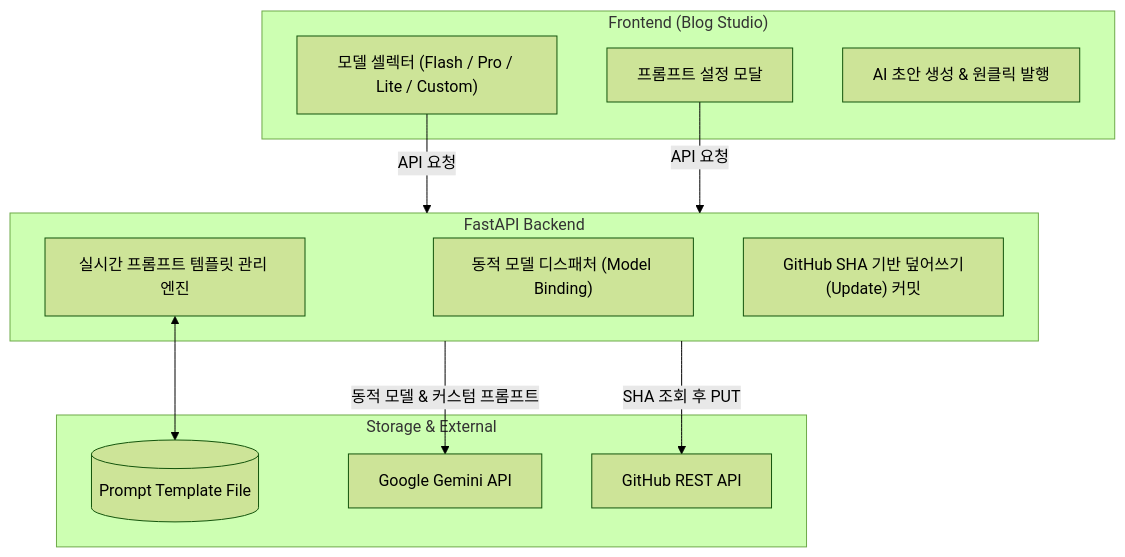
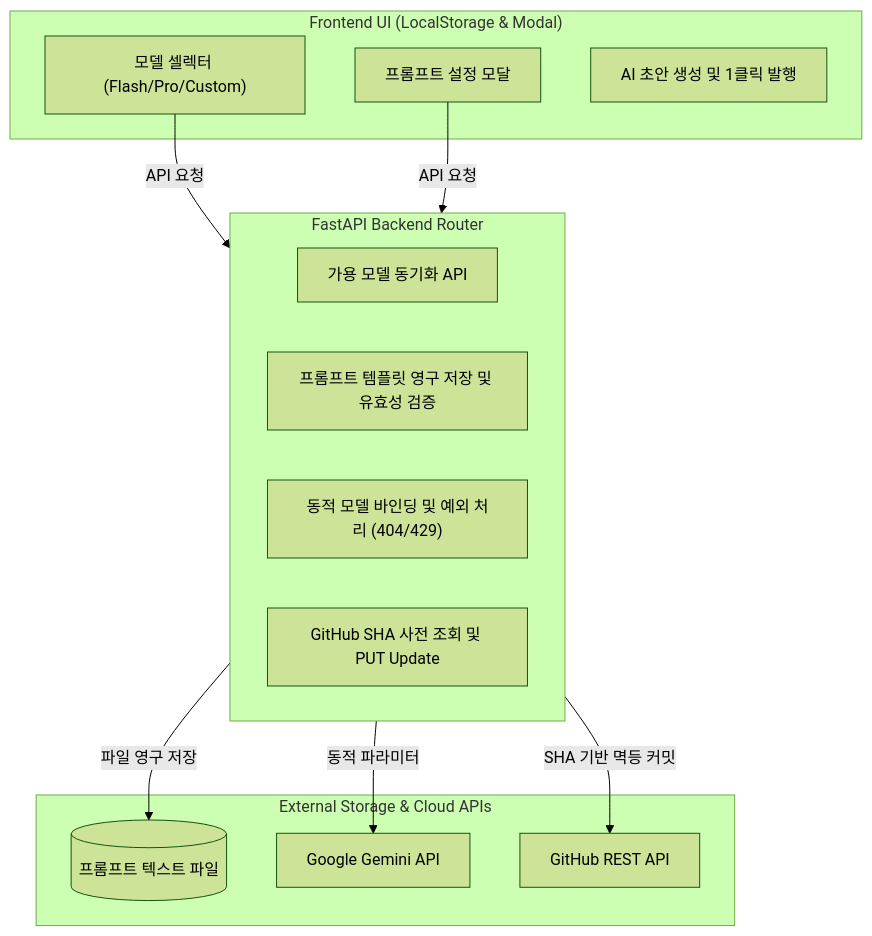
One commit to daniel-dataflow/daniel-dataflow.github.io changed the diagram in content/posts/picksafe/2026-08-30-블로그-스튜디오-AI-모델-동적-선택기-및-쿼터-안전망-구축.md. Above: the diagram before and after it, drawn with Mermaid (forest theme). The commit also changed other lines of this file and 64 other files, not shown here.

````diff
--- a/content/posts/picksafe/2026-08-30-블로그-스튜디오-AI-모델-동적-선택기-및-쿼터-안전망-구축.md
+++ b/content/posts/picksafe/2026-08-30-블로그-스튜디오-AI-모델-동적-선택기-및-쿼터-안전망-구축.md
@@ -37,25 +37,26 @@
 ```mermaid
 flowchart TD
-    subgraph UI ["Frontend (Blog Studio)"]
-        M1["모델 셀렉터 (Flash / Pro / Lite / Custom)"]
+    subgraph Frontend ["Frontend UI (LocalStorage & Modal)"]
+        M1["모델 셀렉터 (Flash/Pro/Custom)"]
         M2["프롬프트 설정 모달"]
-        M3["AI 초안 생성 & 원클릭 발행"]
+        M3["AI 초안 생성 및 1클릭 발행"]
     end
 
-    subgraph Backend ["FastAPI Backend"]
-        B1["동적 모델 디스패처 (Model Binding)"]
-        B2["실시간 프롬프트 템플릿 관리 엔진"]
-        B3["GitHub SHA 기반 덮어쓰기(Update) 커밋"]
+    subgraph Backend ["FastAPI Backend Router"]
+        B1["가용 모델 동기화 API"]
+        B2["프롬프트 템플릿 영구 저장 및 유효성 검증"]
+        B3["동적 모델 바인딩 및 예외 처리 (404/429)"]
+        B4["GitHub SHA 사전 조회 및 PUT Update"]
     end
 
-    subgraph Storage ["Storage & External"]
-        P_FILE[("Prompt Template File")]
+    subgraph Storage & Cloud ["External Storage & Cloud APIs"]
+        P_FILE[("프롬프트 텍스트 파일")]
         G_AI["Google Gemini API"]
         GH_API["GitHub REST API"]
     end
 
     M1 & M2 -->|API 요청| Backend
-    Backend -->|동적 모델 & 커스텀 프롬프트| G_AI
-    Backend -->|SHA 조회 후 PUT| GH_API
-    B2 <--> P_FILE
+    Backend -->|파일 영구 저장| P_FILE
+    Backend -->|동적 파라미터| G_AI
+    Backend -->|SHA 기반 멱등 커밋| GH_API
 ```
````
